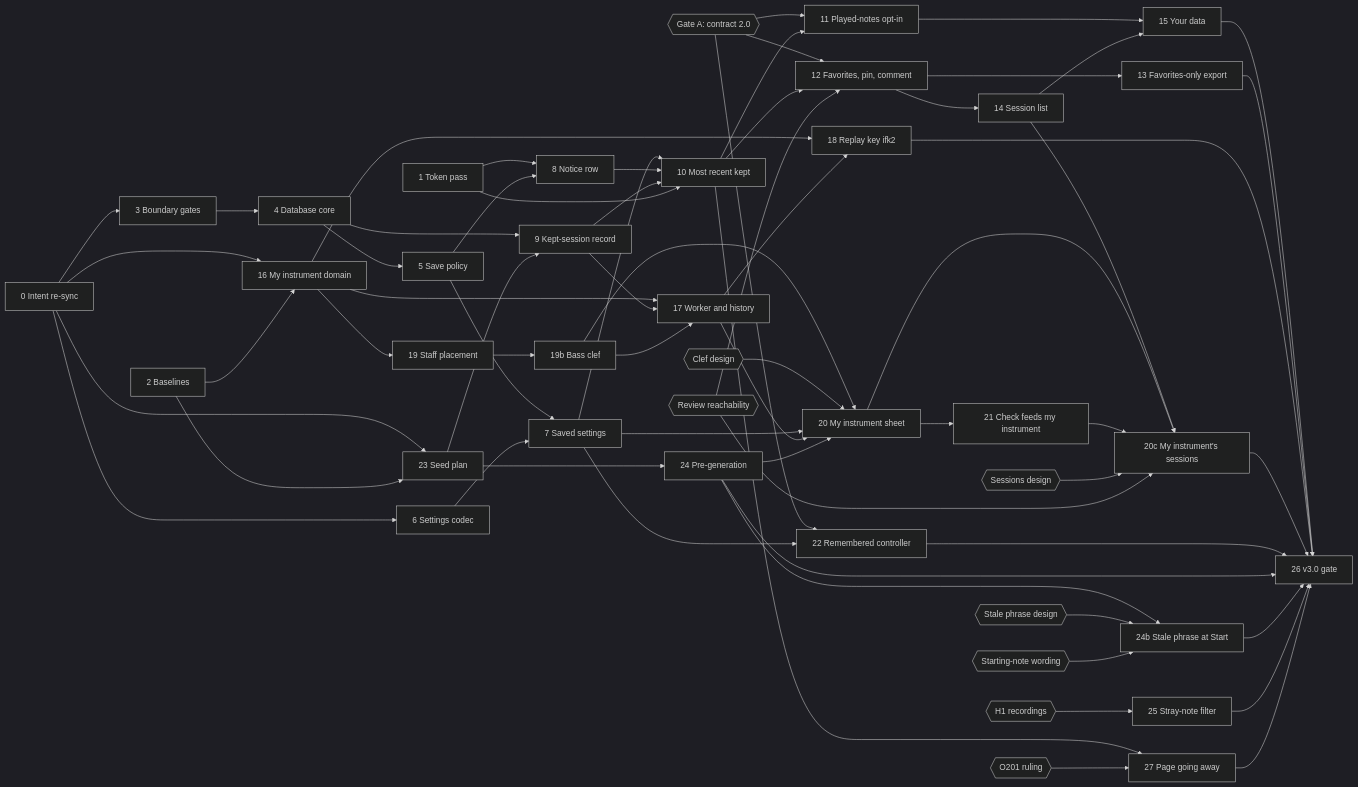
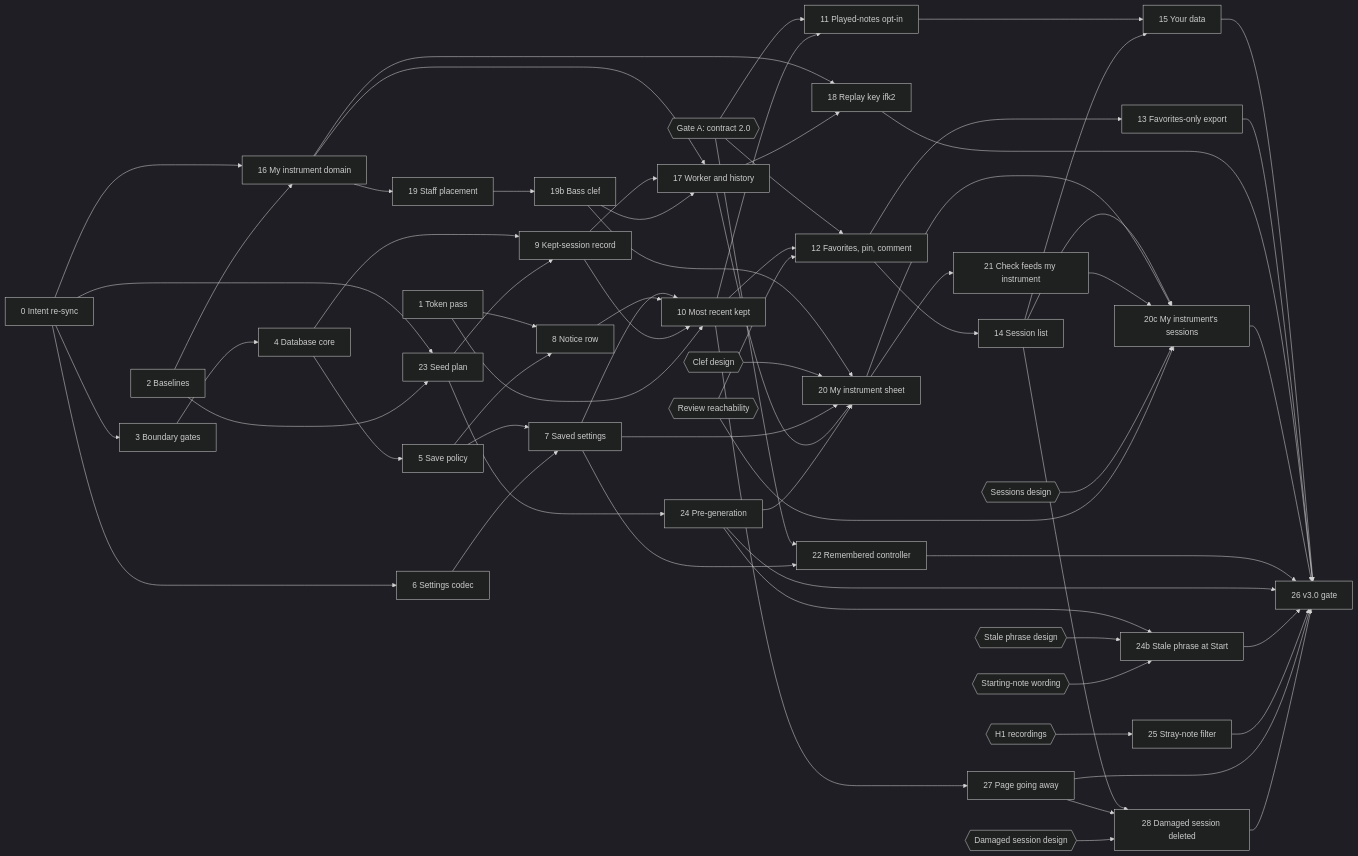
Before and after one commit to kluthen/infinite-flow: the diagram in specs/versions/v3/build-plan.md, drawn with Mermaid (dark theme). The commit also changed other lines of this file and 5 other files, not shown here.

````diff
--- a/specs/versions/v3/build-plan.md
+++ b/specs/versions/v3/build-plan.md
@@ -99,66 +103,69 @@
 ```mermaid
 flowchart LR
   C0[0 Intent re-sync] --> C3[3 Boundary gates]
   C0 --> C6[6 Settings codec]
   C0 --> C16[16 My instrument domain]
   C0 --> C23[23 Seed plan]
   C1[1 Token pass] --> C8[8 Notice row]
   C2[2 Baselines] --> C16
   C2 --> C23
   C3 --> C4[4 Database core]
   C4 --> C5[5 Save policy]
   C4 --> C9[9 Kept-session record]
   C23 --> C9
   C5 --> C7[7 Saved settings]
   C6 --> C7
   C5 --> C8
   C7 --> C10[10 Most recent kept]
   C8 --> C10
   C9 --> C10
   C1 --> C10
   GA{{Gate A: contract 2.0}} --> C11
   GA --> C12
   GA --> C22
   C10 --> C11[11 Played-notes opt-in]
   C10 --> C12[12 Favorites, pin, comment]
   C12 --> C13[13 Favorites-only export]
   C12 --> C14[14 Session list]
   C11 --> C15[15 Your data]
   C14 --> C15
   C16 --> C17[17 Worker and history]
   C9 --> C17
   C16 --> C18[18 Replay key ifk2]
   C17 --> C18
   C16 --> C19[19 Staff placement]
   C19 --> C19b[19b Bass clef]
   C19b --> C17
   C19b --> C20
   CD{{Clef design}} --> C20
   C7 --> C20[20 My instrument sheet]
   C17 --> C20
   C24 --> C20
   C20 --> C21[21 Check feeds my instrument]
   C14 --> C20c[20c My instrument's sessions]
   C20 --> C20c
   C21 --> C20c
   SD{{Sessions design}} --> C20c
   RV{{Review reachability}} --> C12
   RV --> C20c
   C7 --> C22[22 Remembered controller]
   C23 --> C24[24 Pre-generation]
   H1{{H1 recordings}} --> C25[25 Stray-note filter]
   C15 --> C26[26 v3.0 gate]
   C13 --> C26
   C18 --> C26
   C20c --> C26
   C22 --> C26
   C24 --> C26
   C24 --> C24b[24b Stale phrase at Start]
   SP{{Stale phrase design}} --> C24b
   SN{{Starting-note wording}} --> C24b
   C24b --> C26
   C25 --> C26
   C10 --> C27[27 Page going away]
-  O201{{O201 ruling}} --> C27
   C27 --> C26
+  C14 --> C28[28 Damaged session deleted]
+  C27 --> C28
+  DS{{Damaged session design}} --> C28
+  C28 --> C26
 ```
````
